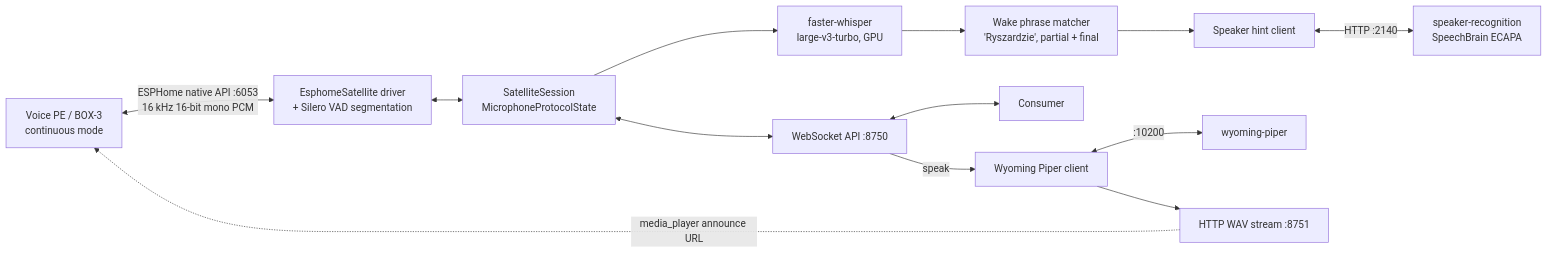
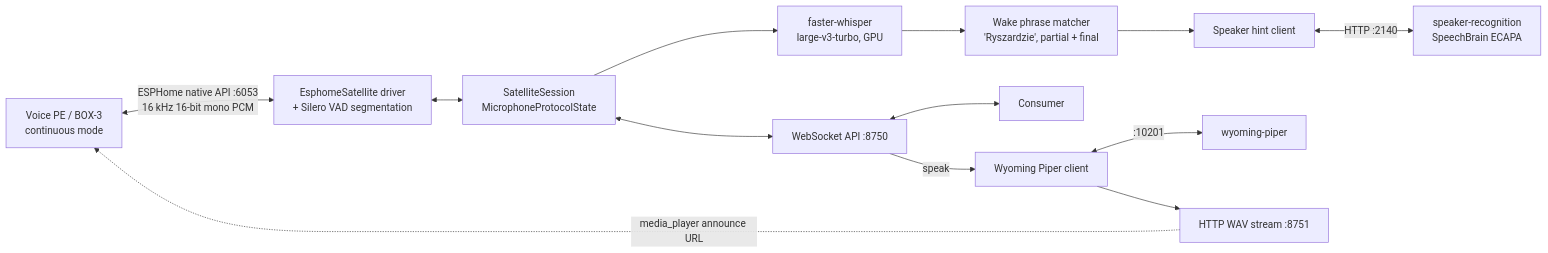
The diagram in docs/design.md (maciekgajewski/piotr_voice_hub), drawn with Mermaid before and after one commit. The commit also changed other lines of this file and 16 other files, not shown here.

````diff
--- a/docs/design.md
+++ b/docs/design.md
@@ -68,14 +68,14 @@
 ```mermaid
 flowchart LR
   SAT[Voice PE / BOX-3<br/>continuous mode] <-- "ESPHome native API :6053<br/>16 kHz 16-bit mono PCM" --> DRV[EsphomeSatellite driver<br/>+ Silero VAD segmentation]
   DRV <--> SES[SatelliteSession<br/>MicrophoneProtocolState]
   SES --> STT[faster-whisper<br/>large-v3-turbo, GPU]
   STT --> WAKE[Wake phrase matcher<br/>'Ryszardzie', partial + final]
   WAKE --> SPK[Speaker hint client]
   SPK <-- HTTP :2140 --> SR[speaker-recognition<br/>SpeechBrain ECAPA]
   SES <--> API[WebSocket API :8750]
   API <--> C[Consumer]
-  API -- speak --> TTS[Wyoming Piper client] <-- :10200 --> PIPER[wyoming-piper]
+  API -- speak --> TTS[Wyoming Piper client] <-- :10201 --> PIPER[wyoming-piper]
   TTS --> PB[HTTP WAV stream :8751]
   PB -. "media_player announce URL" .-> SAT
 ```
````
